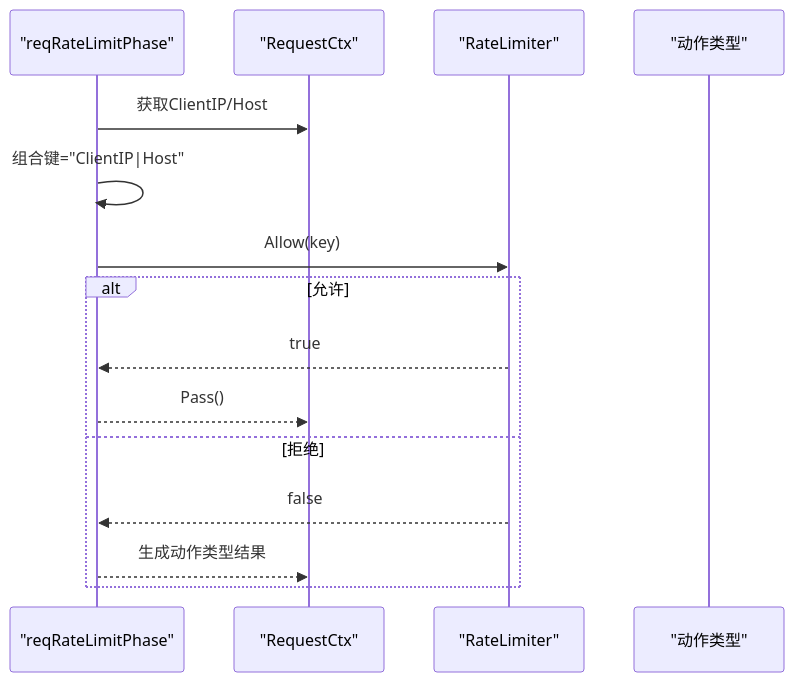
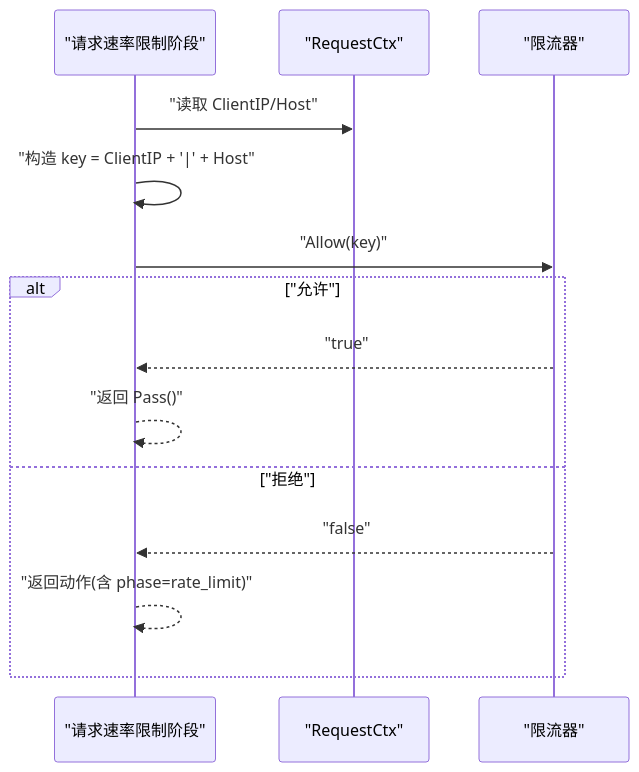
The sixth of 7 diagrams in docs/WAF 引擎系统/处理阶段详解/请求速率限制阶段.md (x01n/My-OpenWaf), drawn with Mermaid before and after one commit. The commit also changed other lines of this file and 199 other files, not shown here.

````diff
--- a/docs/WAF 引擎系统/处理阶段详解/请求速率限制阶段.md
+++ b/docs/WAF 引擎系统/处理阶段详解/请求速率限制阶段.md
@@ -201,17 +335,16 @@
 ```mermaid
 sequenceDiagram
-participant PH as "reqRateLimitPhase"
+participant PH as "请求速率限制阶段"
 participant Ctx as "RequestCtx"
-participant RL as "RateLimiter"
-participant Act as "动作类型"
-PH->>Ctx : 获取ClientIP/Host
-PH->>PH : 组合键="ClientIP|Host"
-PH->>RL : Allow(key)
-alt 允许
-RL-->>PH : true
-PH-->>Ctx : Pass()
-else 拒绝
-RL-->>PH : false
-PH-->>Ctx : 生成动作类型结果
+participant RL as "限流器"
+PH->>Ctx : "读取 ClientIP/Host"
+PH->>PH : "构造 key = ClientIP + '|' + Host"
+PH->>RL : "Allow(key)"
+alt "允许"
+RL-->>PH : "true"
+PH-->>PH : "返回 Pass()"
+else "拒绝"
+RL-->>PH : "false"
+PH-->>PH : "返回动作(含 phase=rate_limit)"
 end
 ```
````
